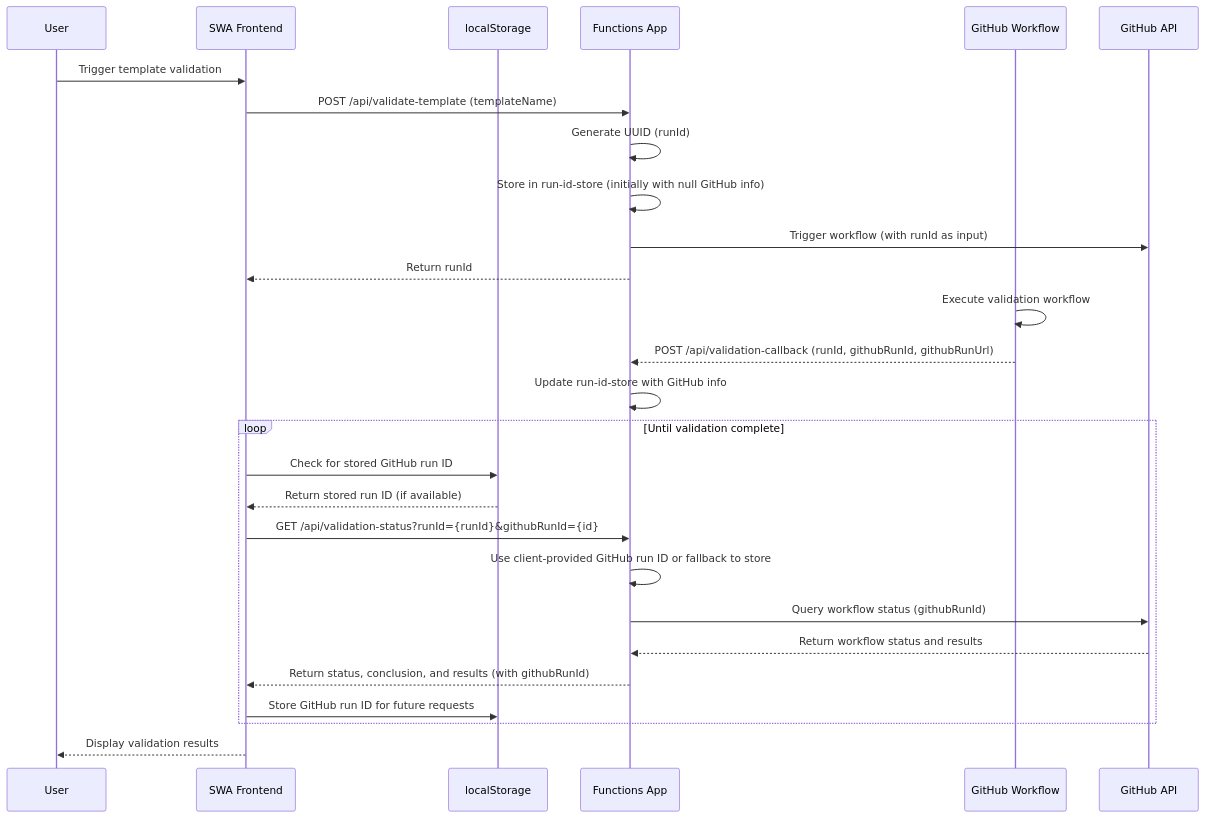
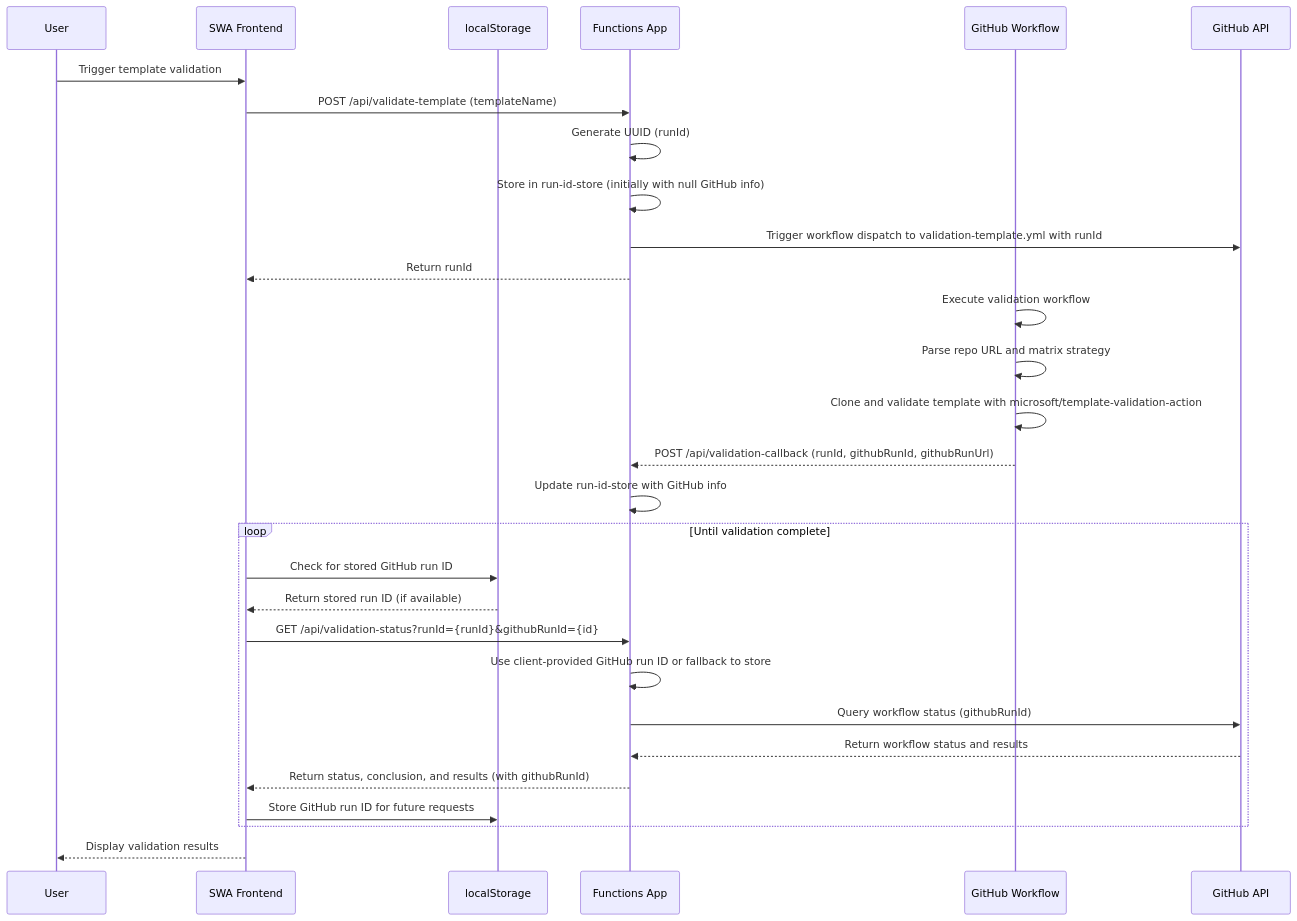
The first of 4 diagrams in docs/development/architecture.md (reneenoble/template-doctor), drawn with Mermaid before and after one commit. The commit also changed other lines of this file and 6 other files, not shown here.

````diff
--- a/docs/development/architecture.md
+++ b/docs/development/architecture.md
@@ -5,33 +7,35 @@
 ```mermaid
 sequenceDiagram
     participant U as User
     participant SWA as SWA Frontend
     participant LS as localStorage
     participant FA as Functions App
     participant GH as GitHub Workflow
     participant GHA as GitHub API
 
     U->>SWA: Trigger template validation
     SWA->>FA: POST /api/validate-template (templateName)
     FA->>FA: Generate UUID (runId)
     FA->>FA: Store in run-id-store (initially with null GitHub info)
-    FA->>GHA: Trigger workflow (with runId as input)
+    FA->>GHA: Trigger workflow dispatch to validation-template.yml with runId
     FA-->>SWA: Return runId
     
     GH->>GH: Execute validation workflow
+    GH->>GH: Parse repo URL and matrix strategy
+    GH->>GH: Clone and validate template with microsoft/template-validation-action
     GH-->>FA: POST /api/validation-callback (runId, githubRunId, githubRunUrl)
     FA->>FA: Update run-id-store with GitHub info
     
     loop Until validation complete
         SWA->>LS: Check for stored GitHub run ID
         LS-->>SWA: Return stored run ID (if available)
         SWA->>FA: GET /api/validation-status?runId={runId}&githubRunId={id}
         FA->>FA: Use client-provided GitHub run ID or fallback to store
         FA->>GHA: Query workflow status (githubRunId)
         GHA-->>FA: Return workflow status and results
         FA-->>SWA: Return status, conclusion, and results (with githubRunId)
         SWA->>LS: Store GitHub run ID for future requests
     end
     
     SWA-->>U: Display validation results
 ```
````
